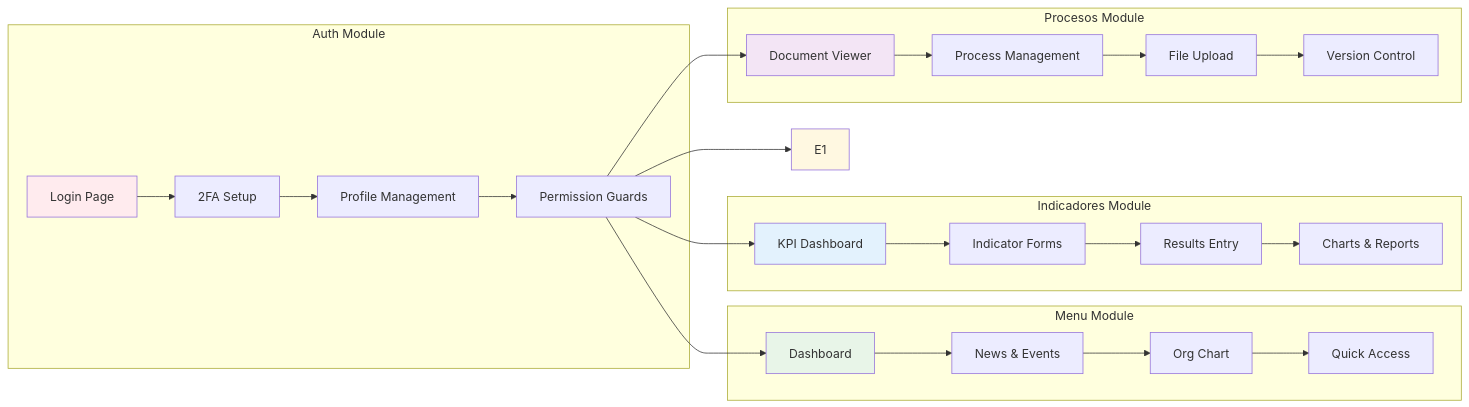
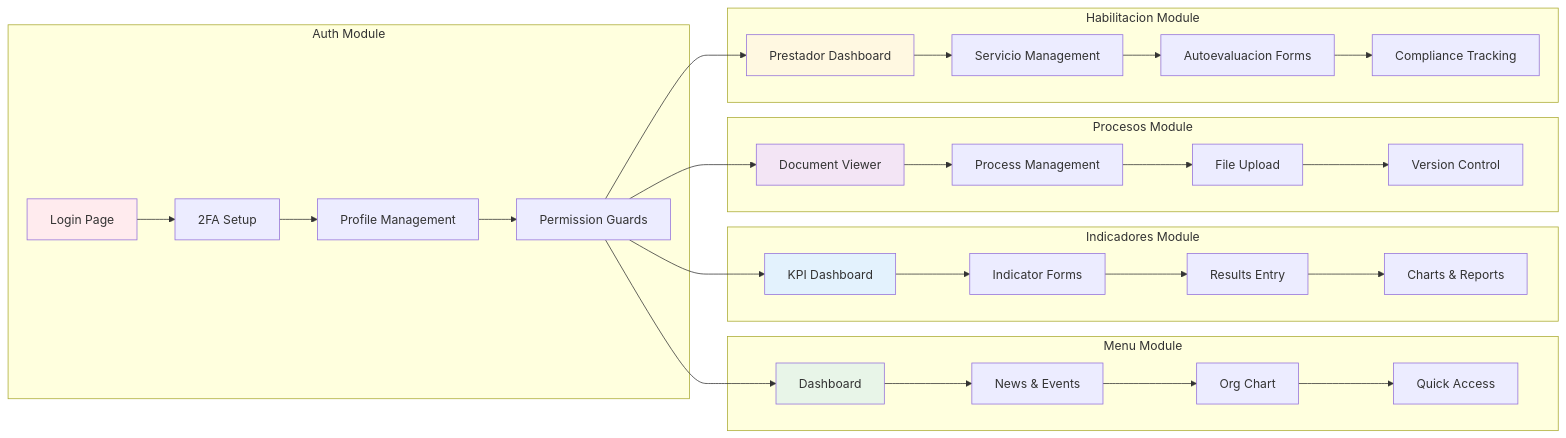
One commit to Edisonnarvaez/portal_web_frontend changed the third of 19 diagrams in architecture.md. Above: the diagram before and after it, drawn with Mermaid. The commit also changed other lines of this file and 64 other files, not shown here.

````diff
--- a/architecture.md
+++ b/architecture.md
@@ -148,38 +148,43 @@
 ```mermaid
 graph LR
     subgraph "Auth Module"
         A1[Login Page] --> A2[2FA Setup]
         A2 --> A3[Profile Management]
         A3 --> A4[Permission Guards]
     end
     
     subgraph "Menu Module"
         B1[Dashboard] --> B2[News & Events]
         B2 --> B3[Org Chart]
         B3 --> B4[Quick Access]
     end
     
     subgraph "Indicadores Module"
         C1[KPI Dashboard] --> C2[Indicator Forms]
         C2 --> C3[Results Entry]
         C3 --> C4[Charts & Reports]
     end
     
     subgraph "Procesos Module"
         D1[Document Viewer] --> D2[Process Management]
         D2 --> D3[File Upload]
         D3 --> D4[Version Control]
     end
     
+    subgraph "Habilitacion Module"
+        E1[Prestador Dashboard] --> E2[Servicio Management]
+        E2 --> E3[Autoevaluacion Forms]
+        E3 --> E4[Compliance Tracking]
+    end
     
     A4 --> B1
     A4 --> C1
     A4 --> D1
     A4 --> E1
     
     style A1 fill:#ffebee
     style B1 fill:#e8f5e8
     style C1 fill:#e3f2fd
     style D1 fill:#f3e5f5
     style E1 fill:#fff8e1
 ```
````
